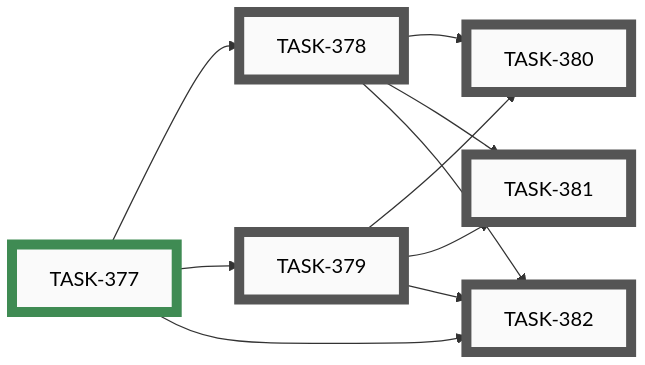
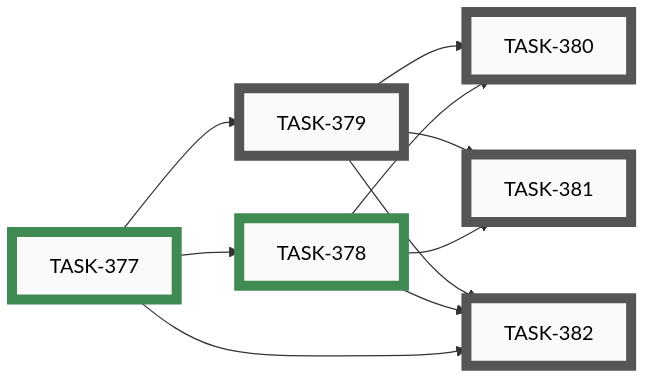
The ninth of 11 diagrams in docs/developers/tasks/EPICS.md (tgd1975/AwesomeGuitarPedal), drawn with Mermaid before and after one commit. The commit also changed other lines of this file and 3 other files, not shown here.

First line of the commit message:
prep TASK-378: add pinNames to data/config.schema.json (EPIC-029)

````diff
--- a/docs/developers/tasks/EPICS.md
+++ b/docs/developers/tasks/EPICS.md
@@ -305,32 +305,32 @@
 ```mermaid
 graph LR
-    TASK_378["TASK-378"]:::open
     TASK_379["TASK-379"]:::open
     TASK_380["TASK-380"]:::open
     TASK_381["TASK-381"]:::open
     TASK_382["TASK-382"]:::open
     TASK_377["TASK-377"]:::closed
-    TASK_377 --> TASK_378
+    TASK_378["TASK-378"]:::closed
     TASK_377 --> TASK_379
     TASK_378 --> TASK_380
     TASK_379 --> TASK_380
     TASK_378 --> TASK_381
     TASK_379 --> TASK_381
     TASK_377 --> TASK_382
     TASK_378 --> TASK_382
     TASK_379 --> TASK_382
-    click TASK_378 "open/task-378-hardware-config-pinnames-mapping.md"
+    TASK_377 --> TASK_378
     click TASK_379 "open/task-379-profile-schema-accept-named-pin-references.md"
     click TASK_380 "open/task-380-esp32-resolve-named-pins-at-config-load.md"
     click TASK_381 "open/task-381-configurator-named-pin-ux-autocomplete-validation-warning.md"
     click TASK_382 "open/task-382-named-pins-builder-docs-and-github-addition-process.md"
     click TASK_377 "closed/task-377-define-v1-standard-pin-name-set.md"
+    click TASK_378 "closed/task-378-hardware-config-pinnames-mapping.md"
     classDef open    fill:#FAFAFA,stroke:#555,stroke-width:8px,color:#000
     classDef active  fill:#FAFAFA,stroke:#1A6FA8,stroke-width:8px,color:#000
     classDef closed  fill:#FAFAFA,stroke:#3F8B53,stroke-width:8px,color:#000
     classDef paused  fill:#FAFAFA,stroke:#B07810,stroke-width:8px,color:#000
     classDef openExt    fill:#000,stroke:#888,stroke-width:8px,color:#FFF
     classDef activeExt  fill:#000,stroke:#3FA9F5,stroke-width:8px,color:#FFF
     classDef closedExt  fill:#000,stroke:#7CC68A,stroke-width:8px,color:#FFF
     classDef pausedExt  fill:#000,stroke:#F0B030,stroke-width:8px,color:#FFF
 ```
````
